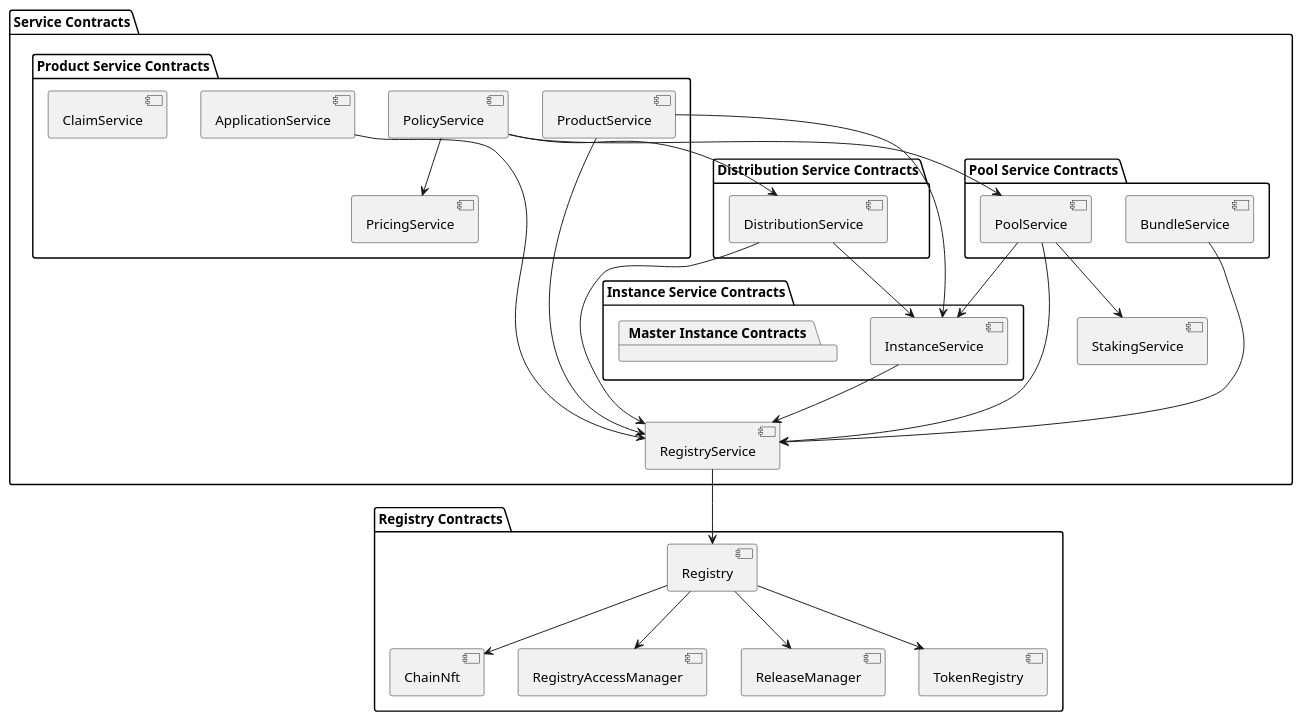
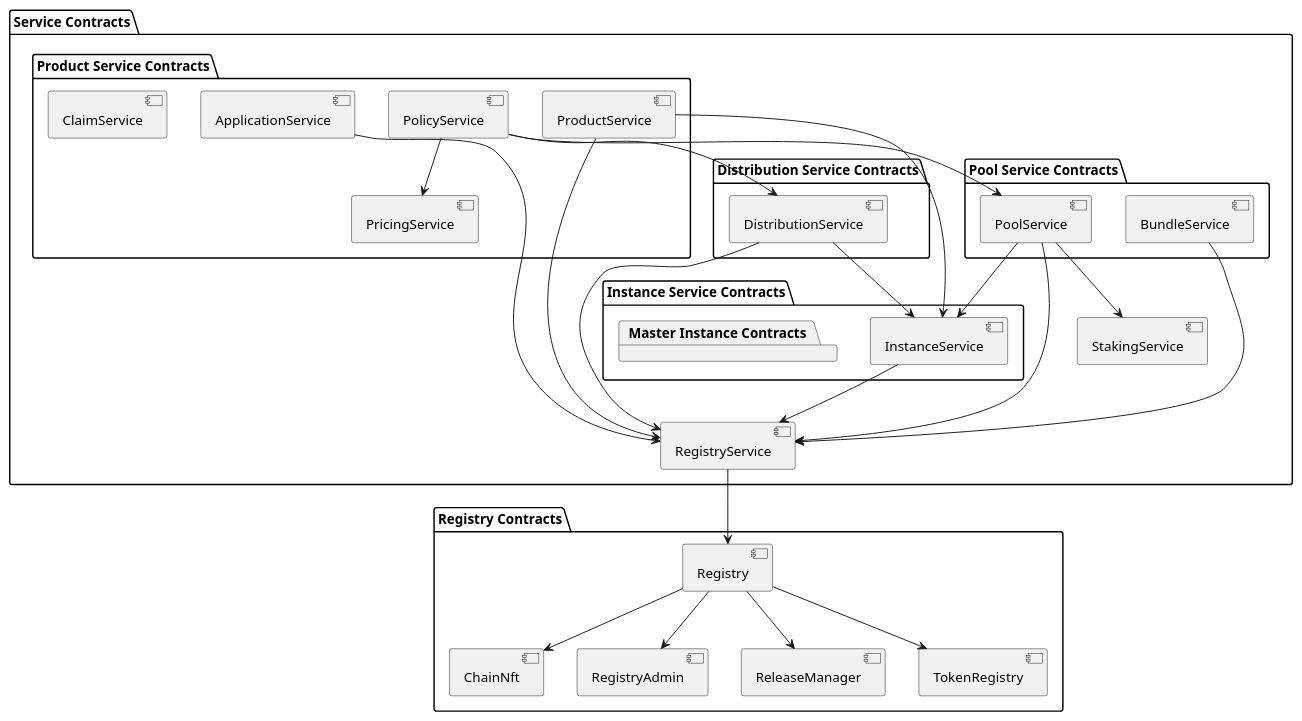
Before and after one commit to etherisc/gif-next: the diagram in docs_manual/overview/service_contracts.puml, drawn with PlantUML. The commit also changed 26 other files, not shown here.

Commit message:
rename registry/instance access managers to admins

```diff
--- a/docs_manual/overview/service_contracts.puml
+++ b/docs_manual/overview/service_contracts.puml
@@ -1,63 +1,63 @@
 @startuml
 
 package "Registry Contracts" {
     [Registry]
 
     [Registry] --> [ChainNft]
-    [Registry] --> [RegistryAccessManager]
+    [Registry] --> [RegistryAdmin]
     [Registry] --> [ReleaseManager]
     [Registry] --> [TokenRegistry]
 }
 
 package "Service Contracts" {
     [RegistryService]
     [StakingService]
 
     package "Instance Service Contracts" {
         [InstanceService]
 
         package "Master Instance Contracts" {
             [InstanceService]
         }
 
         [InstanceService] --> RegistryService
     }
 
     package "Distribution Service Contracts" {
         [DistributionService]
 
         [DistributionService] --> [RegistryService]
         [DistributionService] --> [InstanceService]
     }
 
     package "Pool Service Contracts" {
         [PoolService]
         [BundleService]
 
         [PoolService] --> [RegistryService]
         [PoolService] --> [InstanceService]
         [PoolService] --> [StakingService]
         [BundleService] --> [RegistryService]
     } 
 
     package "Product Service Contracts" {
         [ProductService]
         [PricingService]
         [ApplicationService]
         [PolicyService]
         [ClaimService]
 
         [ProductService] --> [RegistryService]
         [ProductService] --> [InstanceService]
         [ApplicationService] --> [RegistryService]
         [PolicyService] --> [PricingService]
         [PolicyService] --> [DistributionService]
         [PolicyService] --> [PoolService]
         [ClaimService]
     }
     
 }
 
 [RegistryService] --> [Registry]
 
 @enduml
```
